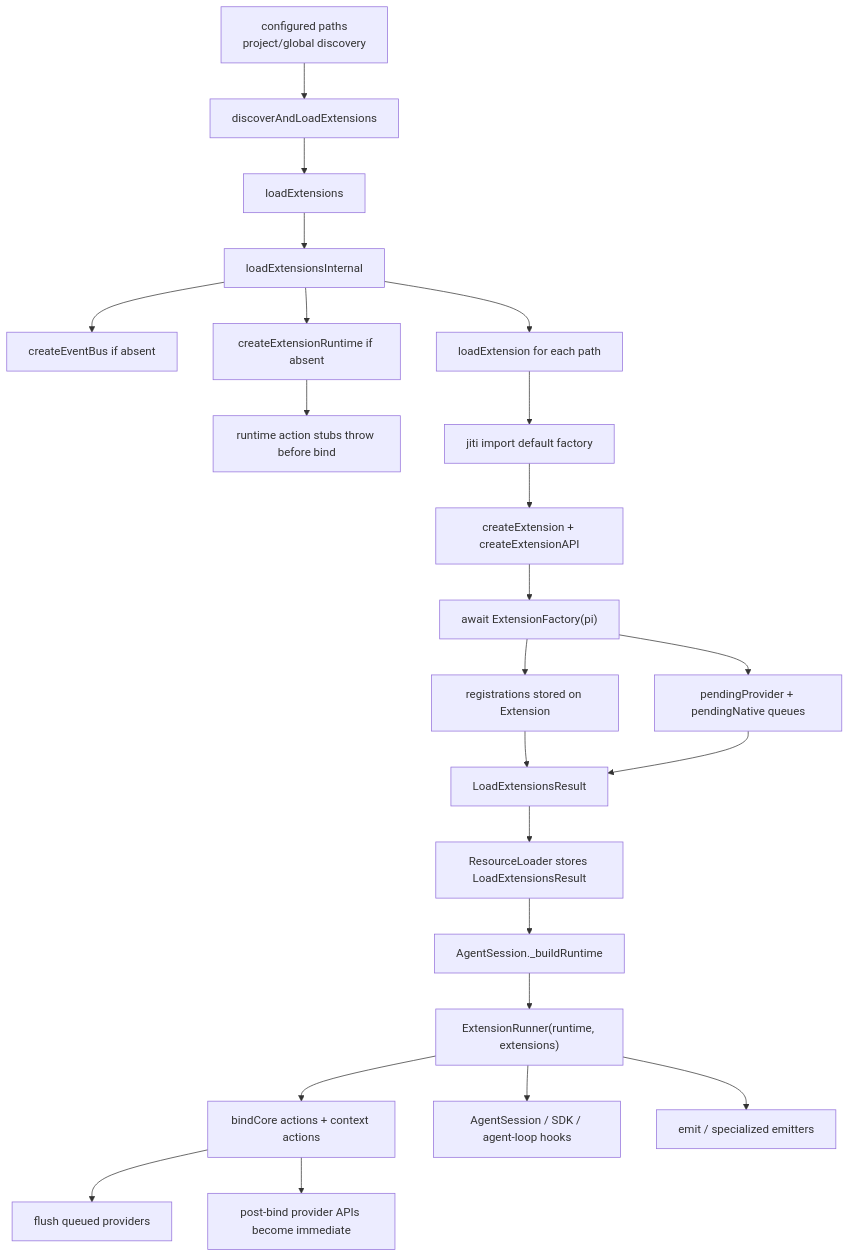
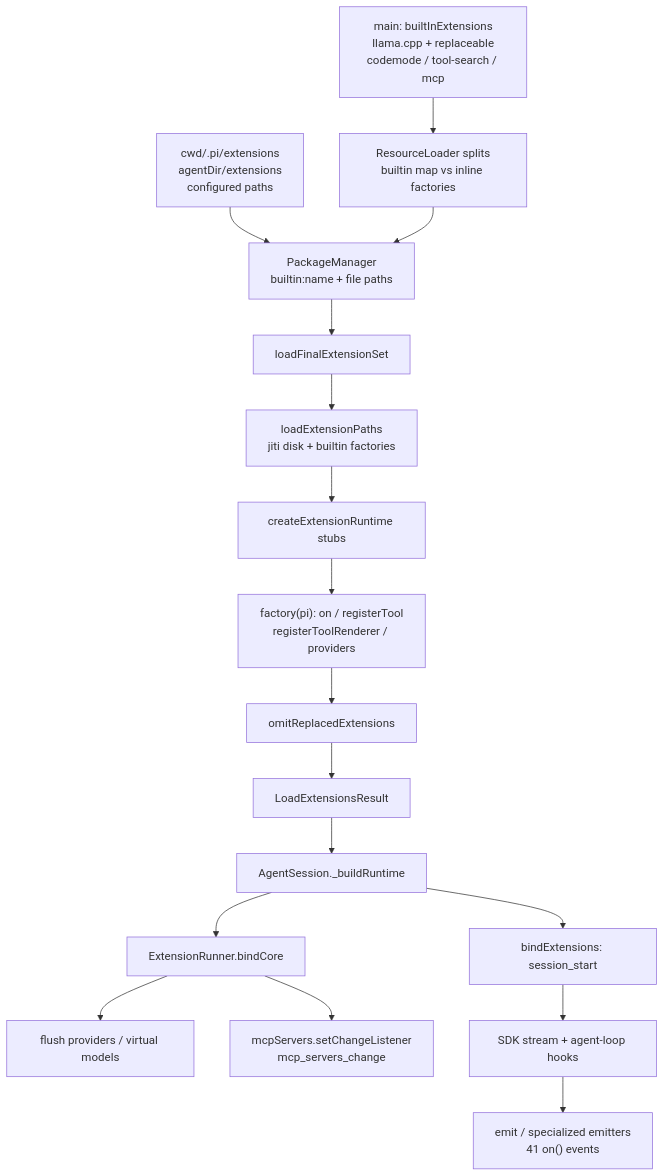
Before and after one commit to wdnmdtonyma/SOTA-Agent-LLM-Wiki: the diagram in docs/llm-wiki/pi/spine/extension-lifecycle.md, drawn with Mermaid. The commit also changed other lines of this file and 246 other files, not shown here.

````diff
--- a/docs/llm-wiki/pi/spine/extension-lifecycle.md
+++ b/docs/llm-wiki/pi/spine/extension-lifecycle.md
@@ -36,25 +45,19 @@
 ```mermaid
 flowchart TD
-  A["configured paths<br/>project/global discovery"] --> B["discoverAndLoadExtensions"]
-  B --> C["loadExtensions"]
-  C --> D["loadExtensionsInternal"]
-  D --> E["createEventBus if absent"]
-  D --> F["createExtensionRuntime if absent"]
-  F --> G["runtime action stubs throw before bind"]
-  D --> H["loadExtension for each path"]
-  H --> I["jiti import default factory"]
-  I --> J["createExtension + createExtensionAPI"]
-  J --> K["await ExtensionFactory(pi)"]
-  K --> L["registrations stored on Extension"]
-  K --> M["pendingProvider + pendingNative queues"]
-  L --> N["LoadExtensionsResult"]
-  M --> N
-  N --> O["ResourceLoader stores LoadExtensionsResult"]
-  O --> P["AgentSession._buildRuntime"]
-  P --> Q["ExtensionRunner(runtime, extensions)"]
-  Q --> R["bindCore actions + context actions"]
-  R --> S["flush queued providers"]
-  R --> T["post-bind provider APIs become immediate"]
-  Q --> U["AgentSession / SDK / agent-loop hooks"]
-  Q --> V["emit / specialized emitters"]
+  A["main: builtInExtensions<br/>llama.cpp + replaceable<br/>codemode / tool-search / mcp"] --> B["ResourceLoader splits<br/>builtin map vs inline factories"]
+  C["cwd/.pi/extensions<br/>agentDir/extensions<br/>configured paths"] --> D["PackageManager<br/>builtin:name + file paths"]
+  B --> D
+  D --> E["loadFinalExtensionSet"]
+  E --> F["loadExtensionPaths<br/>jiti disk + builtin factories"]
+  F --> G["createExtensionRuntime stubs"]
+  G --> H["factory(pi): on / registerTool<br/>registerToolRenderer / providers"]
+  H --> I["omitReplacedExtensions"]
+  I --> J["LoadExtensionsResult"]
+  J --> K["AgentSession._buildRuntime"]
+  K --> L["ExtensionRunner.bindCore"]
+  L --> M["flush providers / virtual models"]
+  L --> N["mcpServers.setChangeListener<br/>mcp_servers_change"]
+  K --> O["bindExtensions: session_start"]
+  O --> P["SDK stream + agent-loop hooks"]
+  P --> Q["emit / specialized emitters<br/>41 on() events"]
 ```
````
